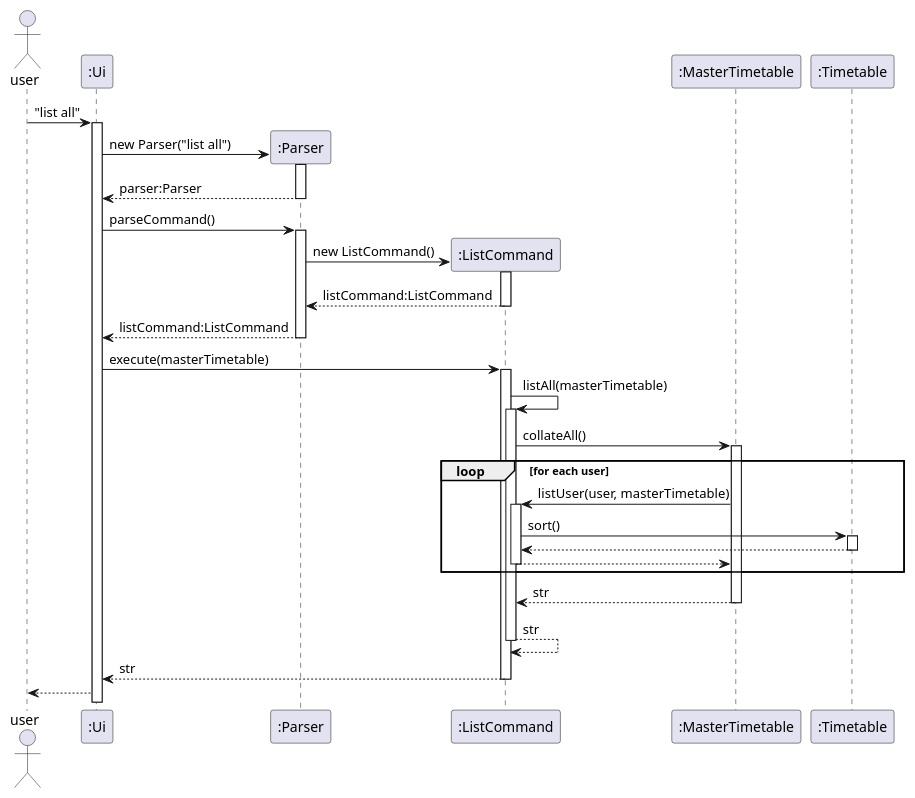
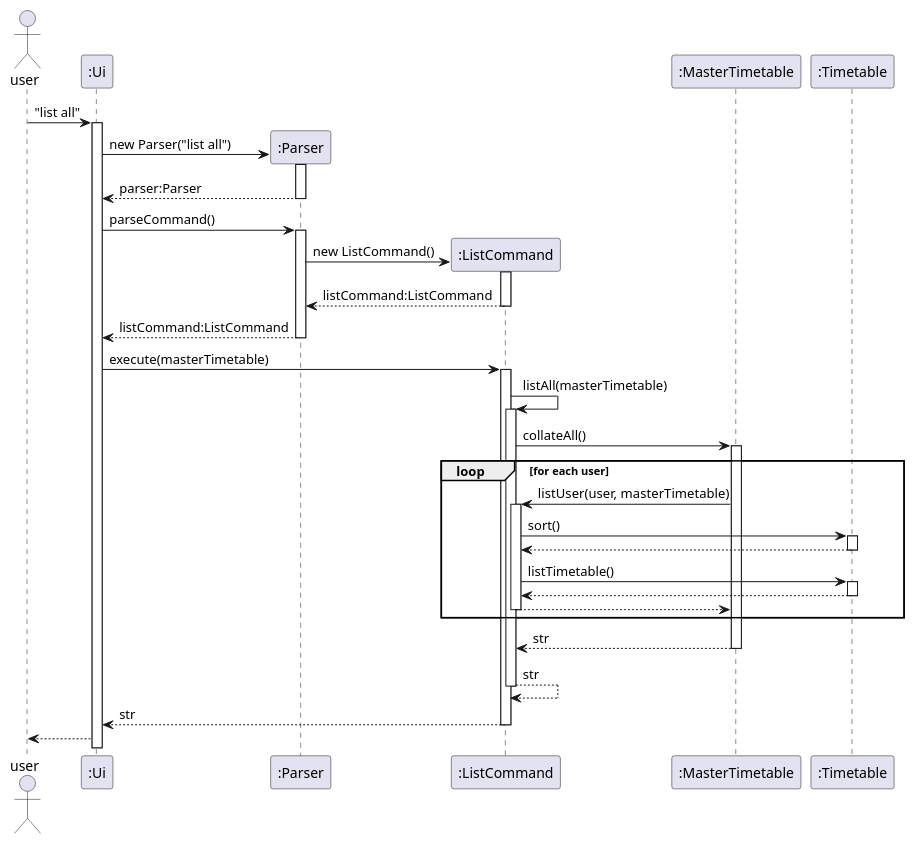
One commit to nus-cs2113-AY2122S2/tp changed the diagram in docs/diagrams/ListCommandSequenceDiagram.puml. Above: the diagram before and after it, drawn with PlantUML. The commit also changed 1 other file, not shown here.

Commit message:
update developer guide and uml sequence diagram for list command

```diff
--- a/docs/diagrams/ListCommandSequenceDiagram.puml
+++ b/docs/diagrams/ListCommandSequenceDiagram.puml
@@ -1,26 +1,28 @@
 @startuml
 actor user
 
 user -> ":Ui" ++ : "list all"
 create ":Parser"
 ":Ui" -> ":Parser" ++: new Parser("list all")
 ":Parser" --> ":Ui" --: parser:Parser
 ":Ui" -> ":Parser" ++: parseCommand()
 create ":ListCommand"
 ":Parser" -> ":ListCommand" ++: new ListCommand()
 ":ListCommand" --> ":Parser" --: listCommand:ListCommand
 ":Parser" --> ":Ui" --: listCommand:ListCommand
 ":Ui" -> ":ListCommand" ++: execute(masterTimetable)
 ":ListCommand" -> ":ListCommand"++: listAll(masterTimetable)
 ":ListCommand" -> ":MasterTimetable" ++: collateAll()
 loop for each user
 ":MasterTimetable" -> ":ListCommand" ++: listUser(user, masterTimetable)
 ":ListCommand" -> ":Timetable" ++: sort()
 ":Timetable" --> ":ListCommand" --
+":ListCommand" -> ":Timetable" ++: listTimetable()
+":Timetable" --> ":ListCommand" --
 ":ListCommand" --> ":MasterTimetable" --
 end
 ":MasterTimetable" --> ":ListCommand" --: str
 ":ListCommand" --> ":ListCommand" --: str
 ":ListCommand" --> ":Ui" --: str
 ":Ui" --> user
 @enduml
```
